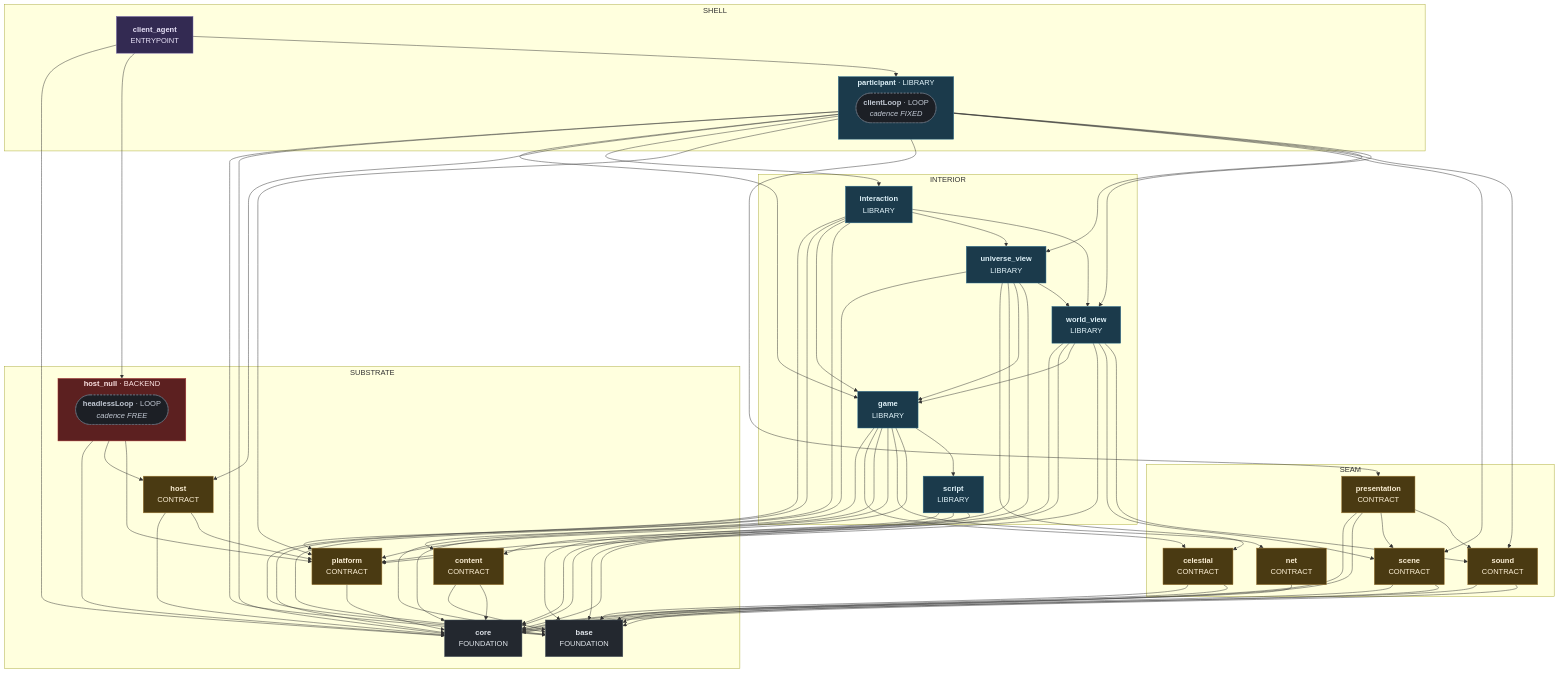
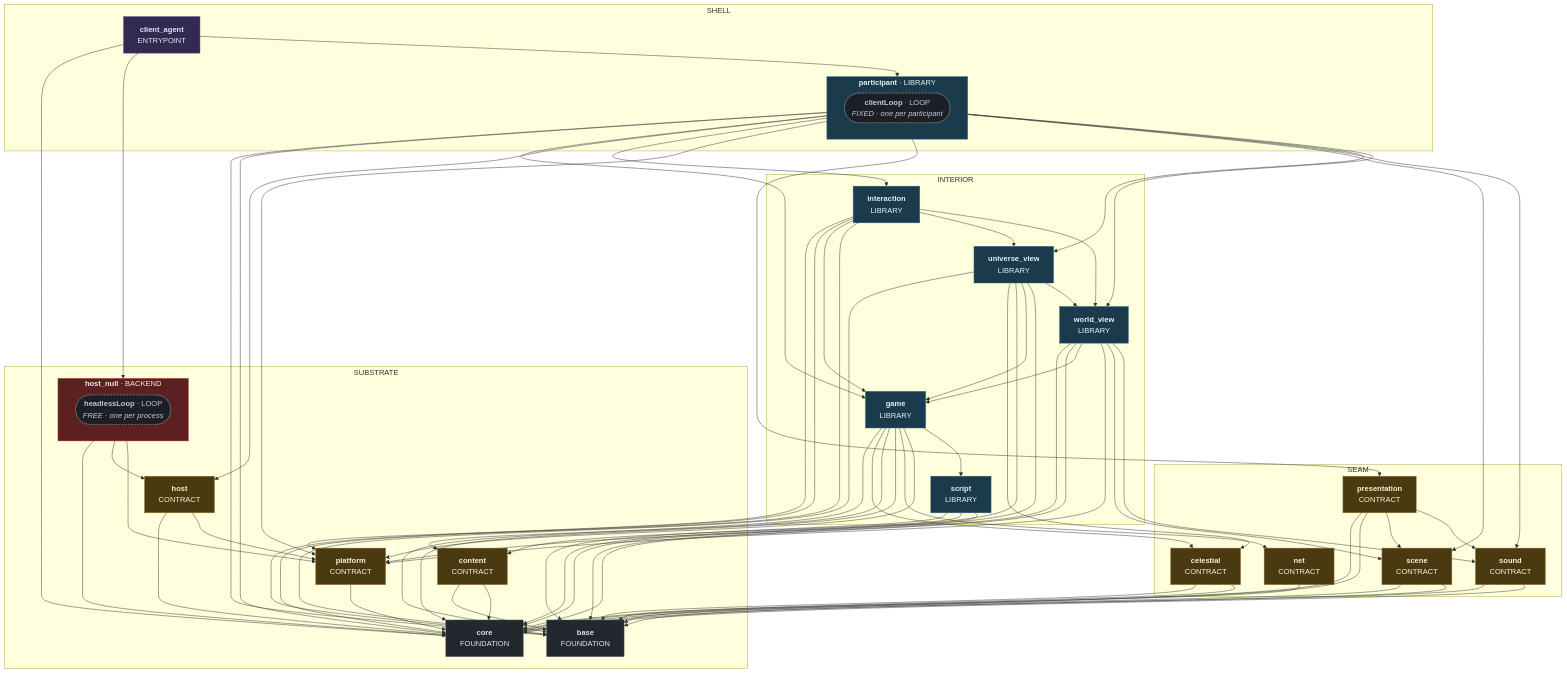
Before and after one commit to apnex/OpenStarbound: the third of 10 diagrams in docs/superpowers/specs/2026-08-01-sovereign-headless-client-design.md, drawn with Mermaid. The commit also changed other lines of this file and 2 other files, not shown here.

```diff
--- a/docs/superpowers/specs/2026-08-01-sovereign-headless-client-design.md
+++ b/docs/superpowers/specs/2026-08-01-sovereign-headless-client-design.md
@@ -1334,7 +1334,7 @@
     core["<b>core</b><br/>FOUNDATION"]
     host["<b>host</b><br/>CONTRACT"]
     subgraph host_null ["<b>host_null</b> · BACKEND"]
-      host_null_headlessLoop(["<b>headlessLoop</b> · LOOP<br/><i>cadence FREE</i>"])
+      host_null_headlessLoop(["<b>headlessLoop</b> · LOOP<br/><i>FREE · one per process</i>"])
     end
     platform["<b>platform</b><br/>CONTRACT"]
   end
@@ -1355,7 +1355,7 @@
   subgraph Z_SHELL ["SHELL"]
     client_agent["<b>client_agent</b><br/>ENTRYPOINT"]
     subgraph participant ["<b>participant</b> · LIBRARY"]
-      participant_clientLoop(["<b>clientLoop</b> · LOOP<br/><i>cadence FIXED</i>"])
+      participant_clientLoop(["<b>clientLoop</b> · LOOP<br/><i>FIXED · one per participant</i>"])
     end
   end
   celestial --> base
```
